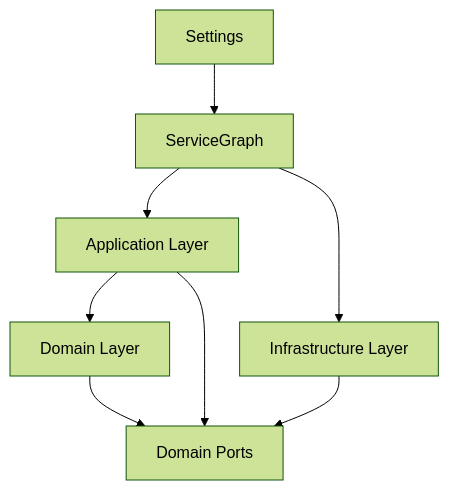
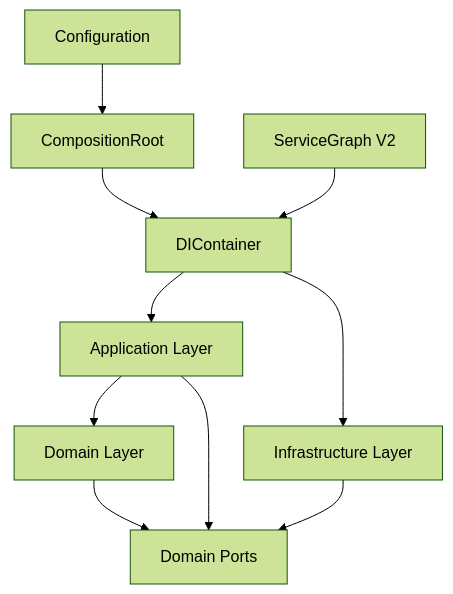
Diagram 13 of 13 in .qoder/repowiki/en/content/Architecture Deep Dive/Design Patterns and Principles.md (gemrajkhatry-maker/v5-of-glassytrade-ai), drawn with Mermaid (forest theme) before and after one commit. The commit also changed other lines of this file and 219 other files, not shown here.

First line of the commit message:
refactor: major architecture improvements across backend, backendv2, brokers, and frontend

````diff
--- a/.qoder/repowiki/en/content/Architecture Deep Dive/Design Patterns and Principles.md
+++ b/.qoder/repowiki/en/content/Architecture Deep Dive/Design Patterns and Principles.md
@@ -392,10 +490,12 @@
 ```mermaid
 graph TB
 Domain["Domain Layer"] --> Ports["Domain Ports"]
 Application["Application Layer"] --> Domain
 Application --> Ports
 Infrastructure["Infrastructure Layer"] --> Ports
-ServiceGraph["ServiceGraph"] --> Application
-ServiceGraph --> Infrastructure
-Config["Settings"] --> ServiceGraph
+Composition["CompositionRoot"] --> Container["DIContainer"]
+Container --> Application
+Container --> Infrastructure
+Config["Configuration"] --> Composition
+ServiceGraphV2["ServiceGraph V2"] --> Container
 ```
````
